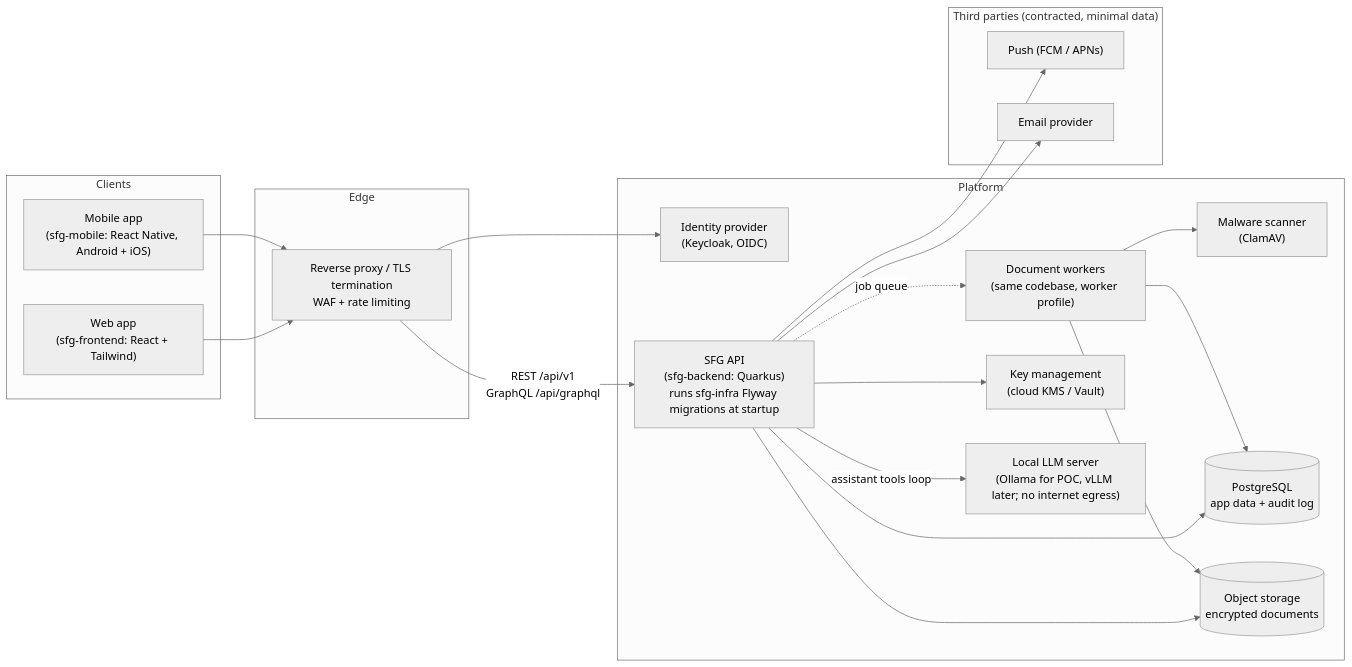
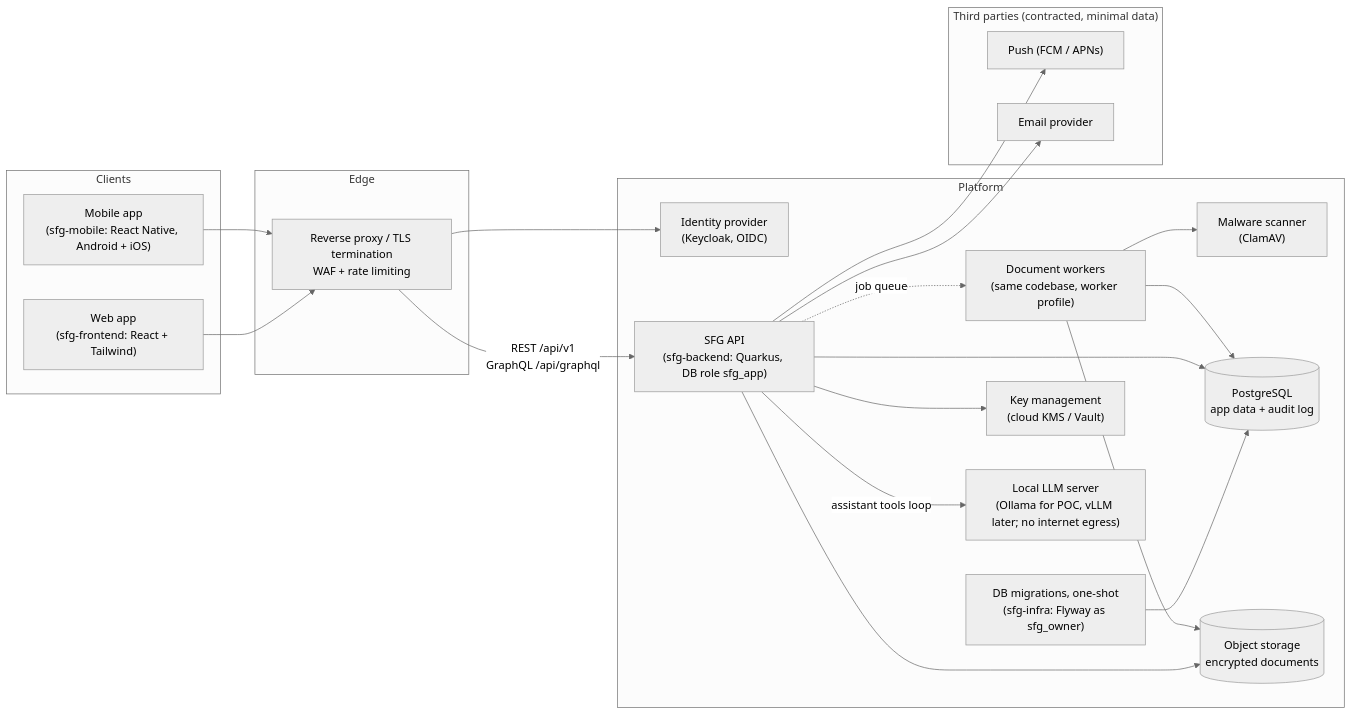
Before and after one commit to sdebie/sfg-parent: the first of 7 diagrams in docs/high-level-design.md, drawn with Mermaid (neutral theme). The commit also changed other lines of this file, not shown here.

First line of the commit message:
HLD: sfg-infra owns the schema and runs migrations as a one-shot job; backend connects as sfg_app

````diff
--- a/docs/high-level-design.md
+++ b/docs/high-level-design.md
@@ -84,42 +84,44 @@
 ```mermaid
 flowchart LR
   subgraph Clients
     WEB["Web app<br/>(sfg-frontend: React + Tailwind)"]
     MOB["Mobile app<br/>(sfg-mobile: React Native, Android + iOS)"]
   end
 
   subgraph Edge
     RP["Reverse proxy / TLS termination<br/>WAF + rate limiting"]
   end
 
   subgraph Platform
     IDP["Identity provider<br/>(Keycloak, OIDC)"]
-    API["SFG API<br/>(sfg-backend: Quarkus)<br/>runs sfg-infra Flyway migrations at startup"]
+    MIG["DB migrations, one-shot<br/>(sfg-infra: Flyway as sfg_owner)"]
+    API["SFG API<br/>(sfg-backend: Quarkus, DB role sfg_app)"]
     WRK["Document workers<br/>(same codebase, worker profile)"]
     AV["Malware scanner<br/>(ClamAV)"]
     DB[("PostgreSQL<br/>app data + audit log")]
     OBJ[("Object storage<br/>encrypted documents")]
     KMS["Key management<br/>(cloud KMS / Vault)"]
     LLM["Local LLM server<br/>(Ollama for POC, vLLM later; no internet egress)"]
   end
 
   subgraph External["Third parties (contracted, minimal data)"]
     PUSH["Push (FCM / APNs)"]
     MAIL["Email provider"]
   end
 
   WEB --> RP
   MOB --> RP
   RP -- "REST /api/v1<br/>GraphQL /api/graphql" --> API
   RP --> IDP
+  MIG --> DB
   API --> DB
   API --> OBJ
   API --> KMS
   API -. job queue .-> WRK
   WRK --> AV
   WRK --> OBJ
   WRK --> DB
   API -- "assistant tools loop" --> LLM
   API --> PUSH
   API --> MAIL
 ```
````
